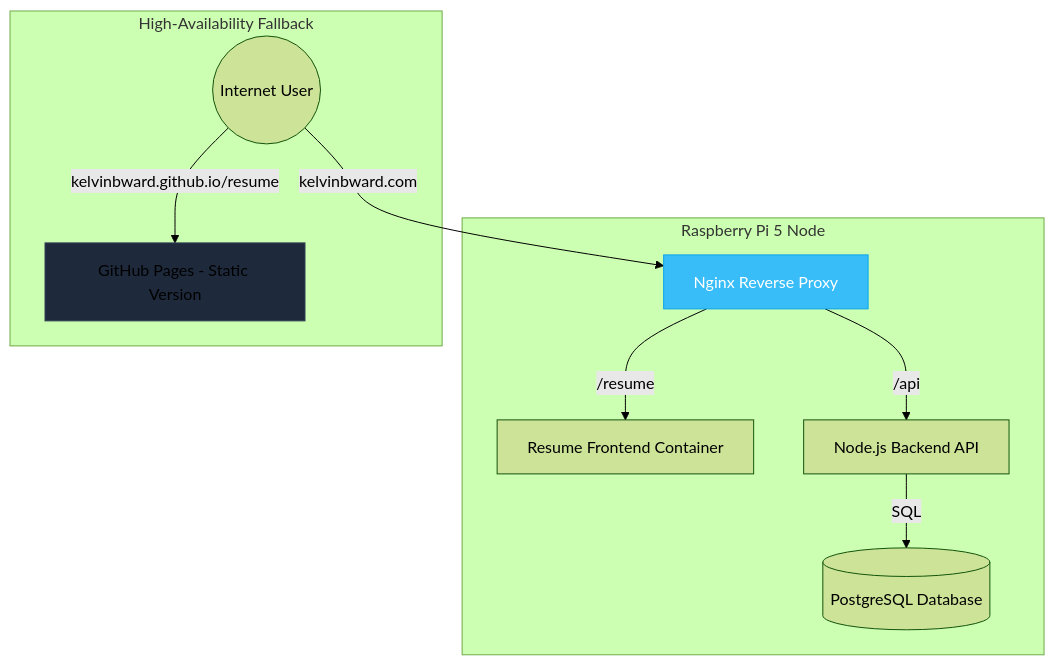
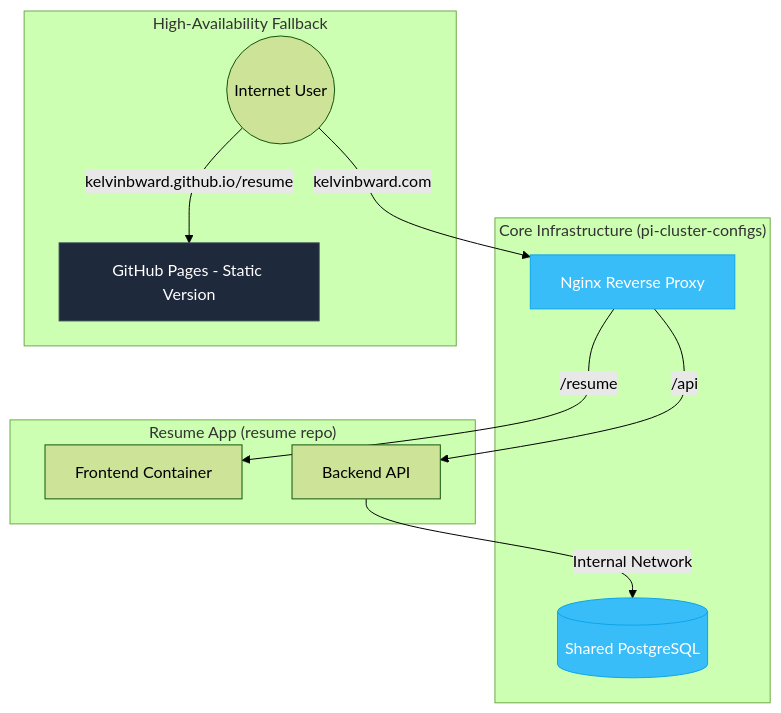
Before and after one commit to kelvinbward/kelvinbward: the diagram in README.md, drawn with Mermaid (forest theme). The commit also changed other lines of this file, not shown here.

````diff
--- a/README.md
+++ b/README.md
@@ -12,17 +12,23 @@
 ```mermaid
 graph TD
     User((Internet User)) -->|kelvinbward.com| Gateway[Nginx Reverse Proxy]
     
-    subgraph "Raspberry Pi 5 Node"
-        Gateway -->|/resume| Web[Resume Frontend Container]
-        Gateway -->|/api| API[Node.js Backend API]
-        API -->|SQL| DB[(PostgreSQL Database)]
+    subgraph "Core Infrastructure (pi-cluster-configs)"
+        Gateway
+        DB[(Shared PostgreSQL)]
+    end
+
+    subgraph "Resume App (resume repo)"
+        Gateway -->|/resume| Web[Frontend Container]
+        Gateway -->|/api| API[Backend API]
+        API -->|Internal Network| DB
     end
 
     subgraph "High-Availability Fallback"
         User -->|kelvinbward.github.io/resume| GHPages[GitHub Pages - Static Version]
     end
 
     style Gateway fill:#38bdf8,stroke:#0ea5e9,color:#fff
-    style GHPages fill:#1e293b,stroke:#334155,color:#fff```
+    style DB fill:#38bdf8,stroke:#0ea5e9,color:#fff
+    style GHPages fill:#1e293b,stroke:#334155,color:#fff
 ```
````
